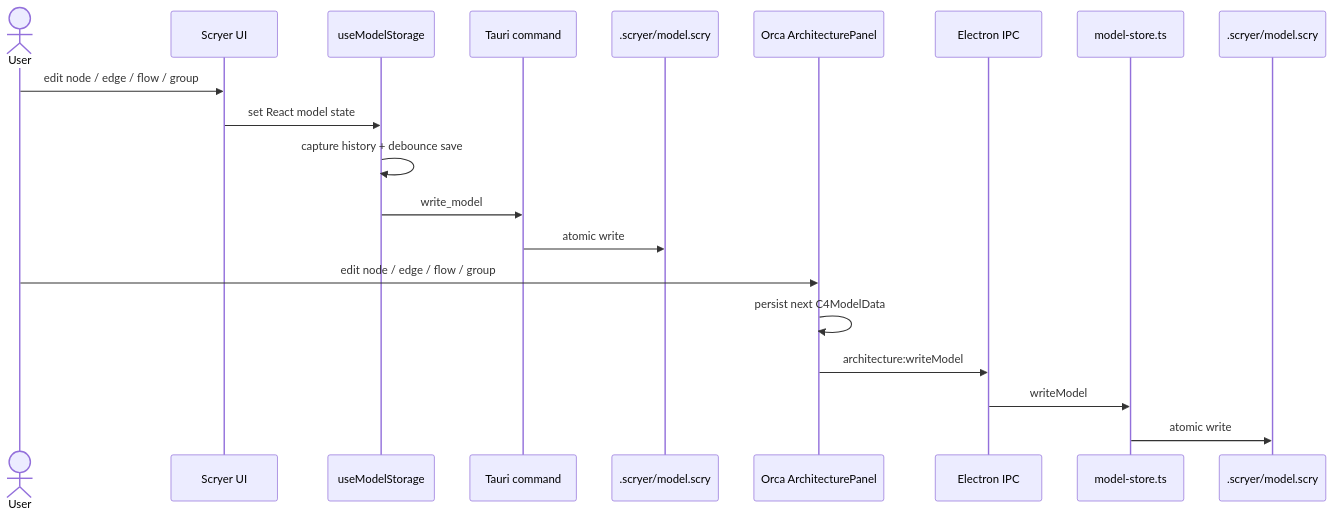
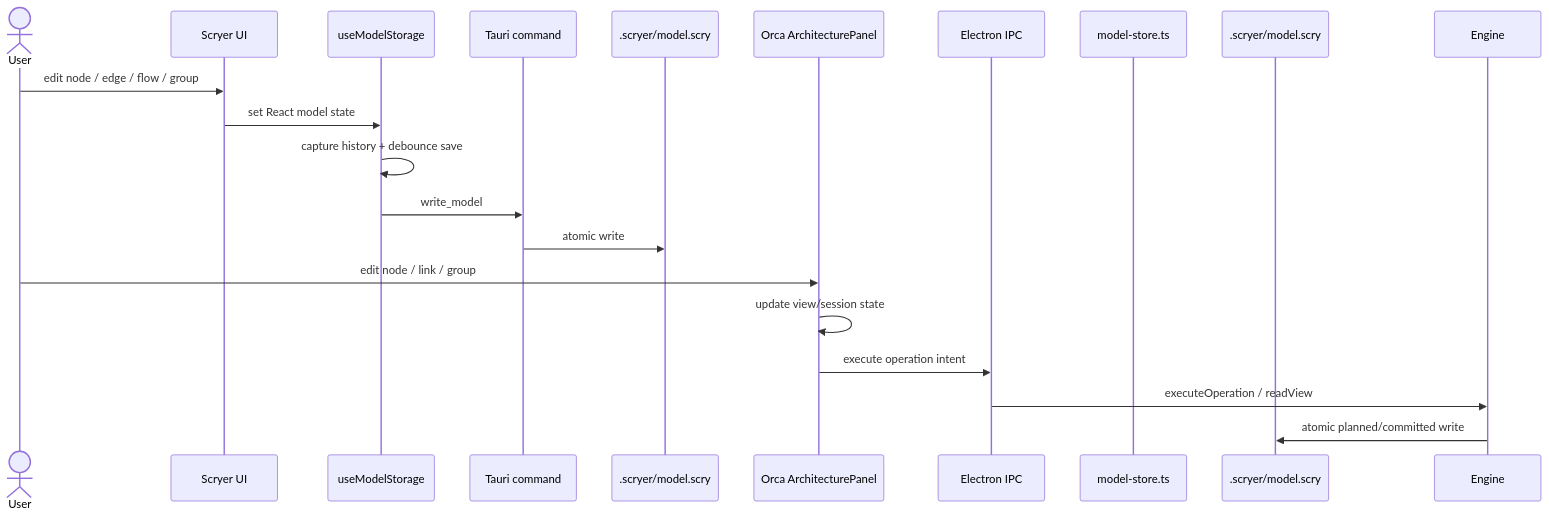
Before and after one commit to Nikolatesla-lj/orca: the fourth of 7 diagrams in docs/orca-scryer-uml-gap-analysis.md, drawn with Mermaid. The commit also changed other lines of this file and 10 other files, not shown here.

````diff
--- a/docs/orca-scryer-uml-gap-analysis.md
+++ b/docs/orca-scryer-uml-gap-analysis.md
@@ -120,24 +151,24 @@
 ```mermaid
 sequenceDiagram
   actor User
   participant SUI as Scryer UI
   participant SMS as useModelStorage
   participant Tauri as Tauri command
   participant SFile as .scryer/model.scry
   participant OUI as Orca ArchitecturePanel
   participant IPC as Electron IPC
   participant OStore as model-store.ts
   participant OFile as .scryer/model.scry
 
   User->>SUI: edit node / edge / flow / group
   SUI->>SMS: set React model state
   SMS->>SMS: capture history + debounce save
   SMS->>Tauri: write_model
   Tauri->>SFile: atomic write
 
-  User->>OUI: edit node / edge / flow / group
-  OUI->>OUI: persist next C4ModelData
-  OUI->>IPC: architecture:writeModel
-  IPC->>OStore: writeModel
-  OStore->>OFile: atomic write
+  User->>OUI: edit node / link / group
+  OUI->>OUI: update view/session state
+  OUI->>IPC: execute operation intent
+  IPC->>Engine: executeOperation / readView
+  Engine->>OFile: atomic planned/committed write
 ```
````
